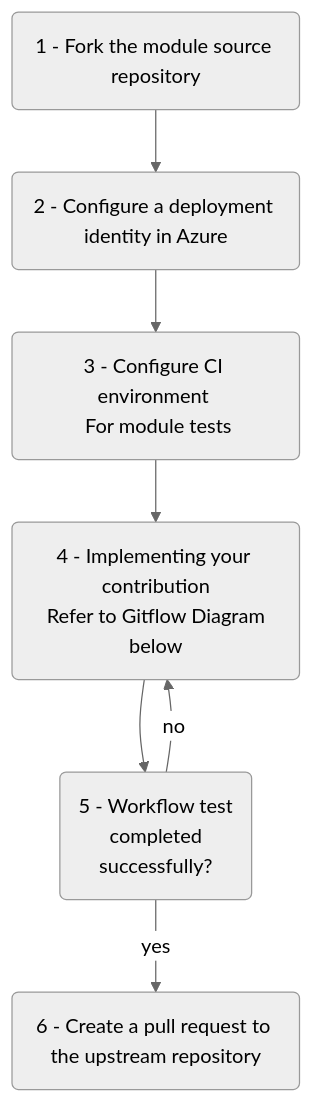
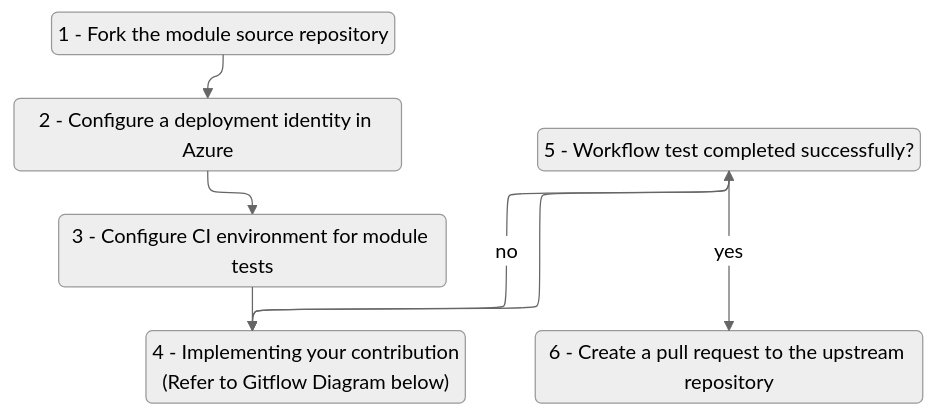
One commit to Azure/Azure-Verified-Modules changed the first of 2 diagrams in docs/content/contributing/bicep/bicep-contribution-flow/_index.md. Above: the diagram before and after it, drawn with Mermaid (neutral theme). The commit also changed other lines of this file and 1876 other files, not shown here.

```diff
--- a/docs/content/contributing/bicep/bicep-contribution-flow/_index.md
+++ b/docs/content/contributing/bicep/bicep-contribution-flow/_index.md
@@ -12,21 +8,35 @@
-{{< mermaid class="text-center" >}}
+{{< mermaid zoom="false">}}
+---
+config:
+  nodeSpacing: 20
+  rankSpacing: 20
+  diagramPadding: 50
+  padding: 5
+  flowchart:
+    wrappingWidth: 300
+    padding: 5
+  layout: elk
+  elk:
+    mergeEdges: true
+    nodePlacementStrategy: LINEAR_SEGMENTS
+---
 flowchart TD
-A("1 - Fork the module source repository")
-  click A "/Azure-Verified-Modules/contributing/bicep/bicep-contribution-flow/#1-fork-the-module-source-repository"
-B(2 - Configure a deployment identity in Azure)
-  click B "/Azure-Verified-Modules/contributing/bicep/bicep-contribution-flow/#2-configure-a-deployment-identity-in-azure"
-C(3 - Configure CI environment <br> For module tests)
-  click C "/Azure-Verified-Modules/contributing/bicep/bicep-contribution-flow/#3-configure-your-ci-environment"
-D(4 - Implementing your contribution<br> Refer to Gitflow Diagram below)
-  click D "/Azure-Verified-Modules/contributing/bicep/bicep-contribution-flow/#4-implement-your-contribution"
-E(5 - Workflow test <br> completed <br> successfully?)
-  click E "/Azure-Verified-Modules/contributing/bicep/bicep-contribution-flow/#5-createupdate-and-run-tests"
-F(6 - Create a pull request to the upstream repository)
-  click F "/Azure-Verified-Modules/contributing/bicep/bicep-contribution-flow/#6-create-a-pull-request-to-the-public-bicep-registry"
-A --> B
-B --> C
-C --> D
-D --> E
-E -->|yes|F
-E -->|no|D
+  A("1 - Fork the module source repository")
+    click A "{{% siteparam base %}}/contributing/bicep/bicep-contribution-flow/#1-fork-the-module-source-repository"
+  B(2 - Configure a deployment identity in Azure)
+    click B "{{% siteparam base %}}/contributing/bicep/bicep-contribution-flow/#2-configure-a-deployment-identity-in-azure"
+  C("3 - Configure CI environment for module tests")
+    click C "{{% siteparam base %}}/contributing/bicep/bicep-contribution-flow/#3-configure-your-ci-environment"
+  D("4 - Implementing your contribution<br>(Refer to Gitflow Diagram below)")
+    click D "{{% siteparam base %}}/contributing/bicep/bicep-contribution-flow/#4-implement-your-contribution"
+  E(5 - Workflow test completed successfully?)
+    click E "{{% siteparam base %}}/contributing/bicep/bicep-contribution-flow/#5-createupdate-and-run-tests"
+  F(6 - Create a pull request to the upstream repository)
+    click F "{{% siteparam base %}}/contributing/bicep/bicep-contribution-flow/#6-create-a-pull-request-to-the-public-bicep-registry"
+  A --> B
+  B --> C
+  C --> D
+  D --> E
+  E -->|yes|F
+  E -->|no|D
 {{< /mermaid >}}
```
